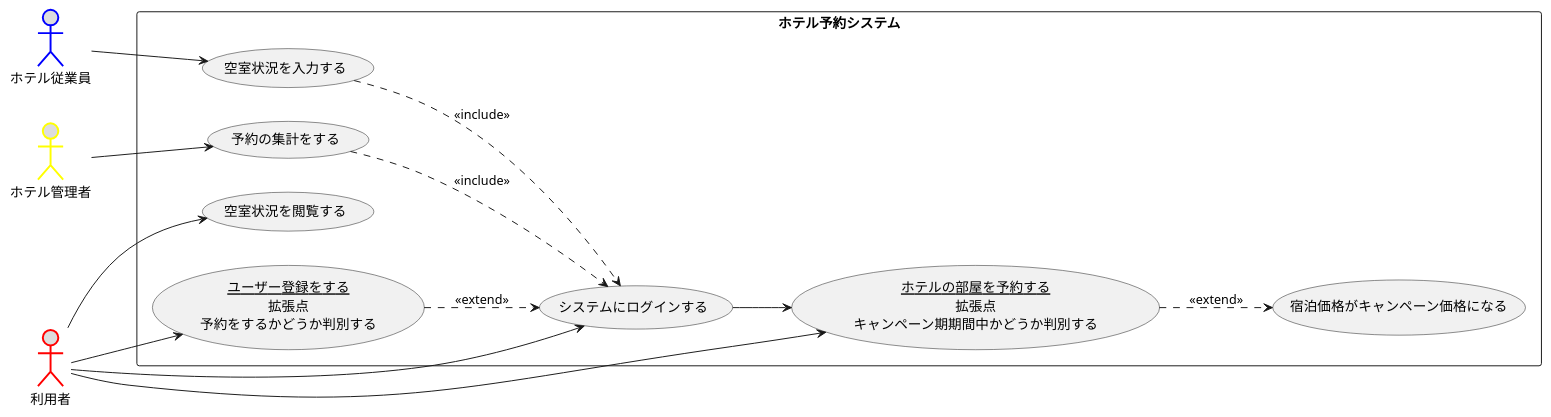
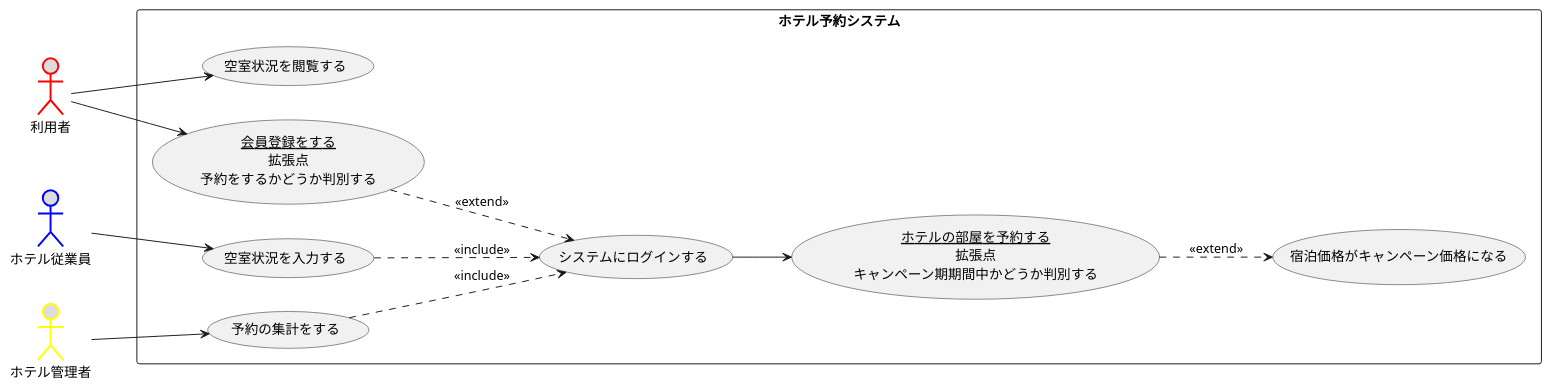
The diagram in 2章/演習2-8_UC_ホテル予約システム.pu (Sreia1129/uml-introduction), drawn with PlantUML before and after one commit.

Commit message:
直し

```diff
--- a/2章/演習2-8_UC_ホテル予約システム.pu
+++ b/2章/演習2-8_UC_ホテル予約システム.pu
@@ -1,27 +1,25 @@
 @startuml ホテル予約システム
 left to right direction
 actor 利用者 #DDDDDD;line:Red;line.bold;
 actor ホテル従業員 #DDDDDD;line:Blue;line.bold;
 actor ホテル管理者 #DDDDDD;line:Yellow;line.bold;
 rectangle ホテル予約システム{
 usecase 空室状況を閲覧する
 usecase 空室状況を入力する
 usecase 予約の集計をする
-usecase (<u>ユーザー登録をする</u>\n拡張点\n予約をするかどうか判別する)as set
+usecase (<u>会員登録をする</u>\n拡張点\n予約をするかどうか判別する)as set
 usecase システムにログインする
 usecase (<u>ホテルの部屋を予約する</u>\n拡張点\nキャンペーン期期間中かどうか判別する) as input
 
 usecase 宿泊価格がキャンペーン価格になる
 }
-利用者 --> システムにログインする 
 利用者 --> 空室状況を閲覧する 
-利用者 --> input 
 利用者 --> set
 set ..> システムにログインする :<<extend>>
 ホテル従業員 --> 空室状況を入力する 
 ホテル管理者 --> 予約の集計をする 
 input ..> 宿泊価格がキャンペーン価格になる : <<extend>>
 システムにログインする -->input 
 空室状況を入力する ..> システムにログインする : <<include>>
 予約の集計をする ..> システムにログインする : <<include>>
 @enduml
```
